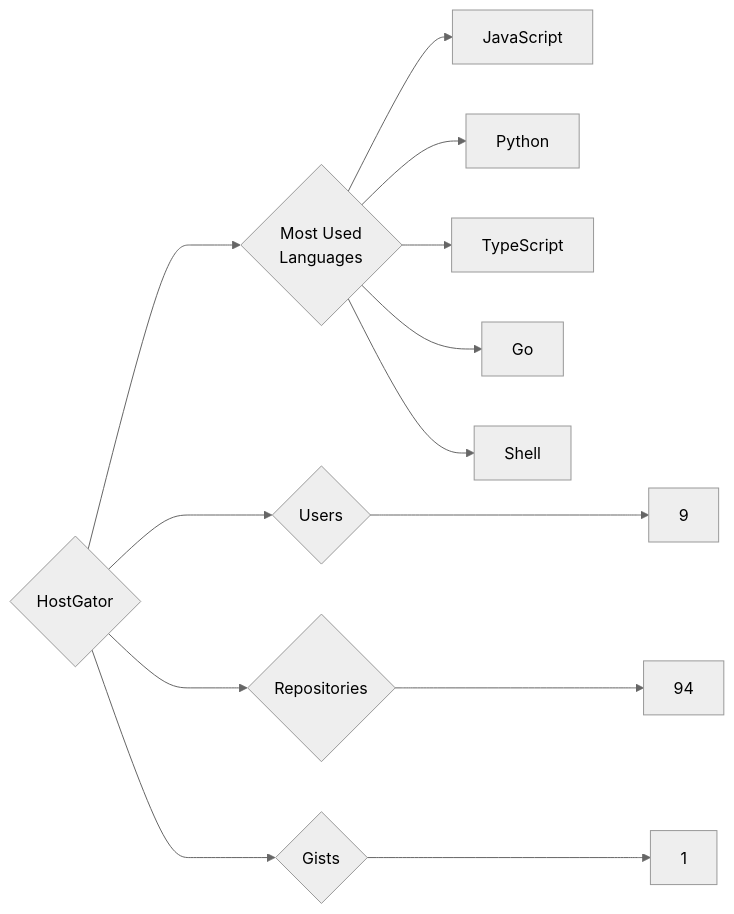
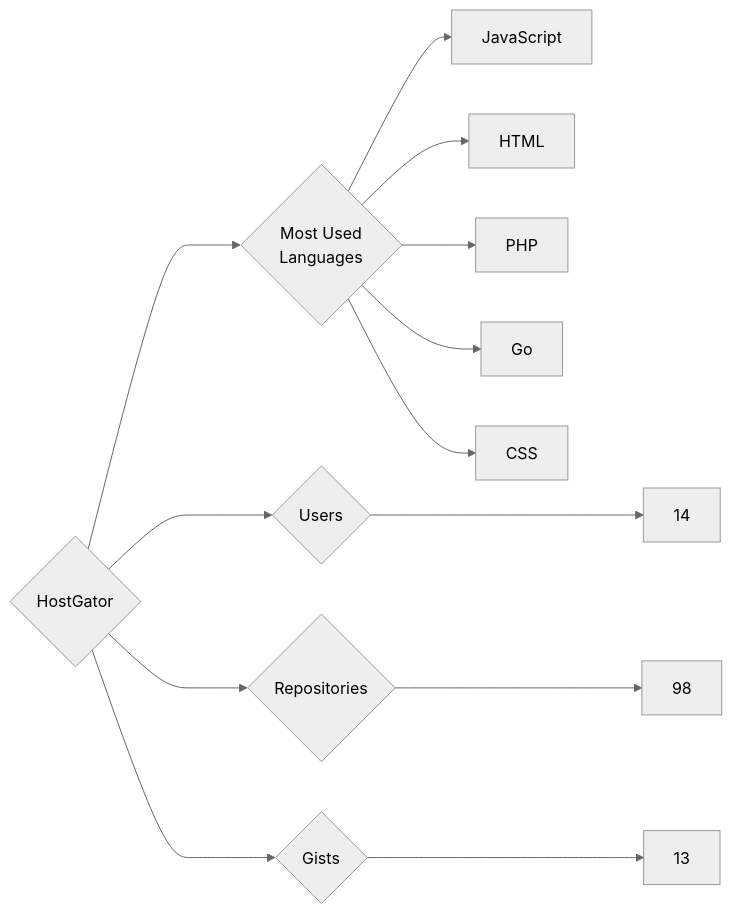
Before and after one commit to trickest/insiders: the diagram in targets/HostGator/README.md, drawn with Mermaid (neutral theme). The commit also changed 1314 other files, not shown here.

````diff
--- a/targets/HostGator/README.md
+++ b/targets/HostGator/README.md
@@ -3,13 +3,13 @@
 ```mermaid
 graph LR
 COMPANY_NAME{HostGator}
-COMPANY_NAME ---> U{Users} ---> UN[9]
-COMPANY_NAME ---> R{Repositories} ---> RN[94]
-COMPANY_NAME ---> G{Gists} ---> GN[1]
+COMPANY_NAME ---> U{Users} ---> UN[14]
+COMPANY_NAME ---> R{Repositories} ---> RN[98]
+COMPANY_NAME ---> G{Gists} ---> GN[13]
 COMPANY_NAME ---> ML{Most Used<br>Languages}
 ML --> JavaScript[JavaScript]
-ML --> Python[Python]
-ML --> TypeScript[TypeScript]
+ML --> HTML[HTML]
+ML --> PHP[PHP]
 ML --> Go[Go]
-ML --> Shell[Shell]
+ML --> CSS[CSS]
 ```
````
